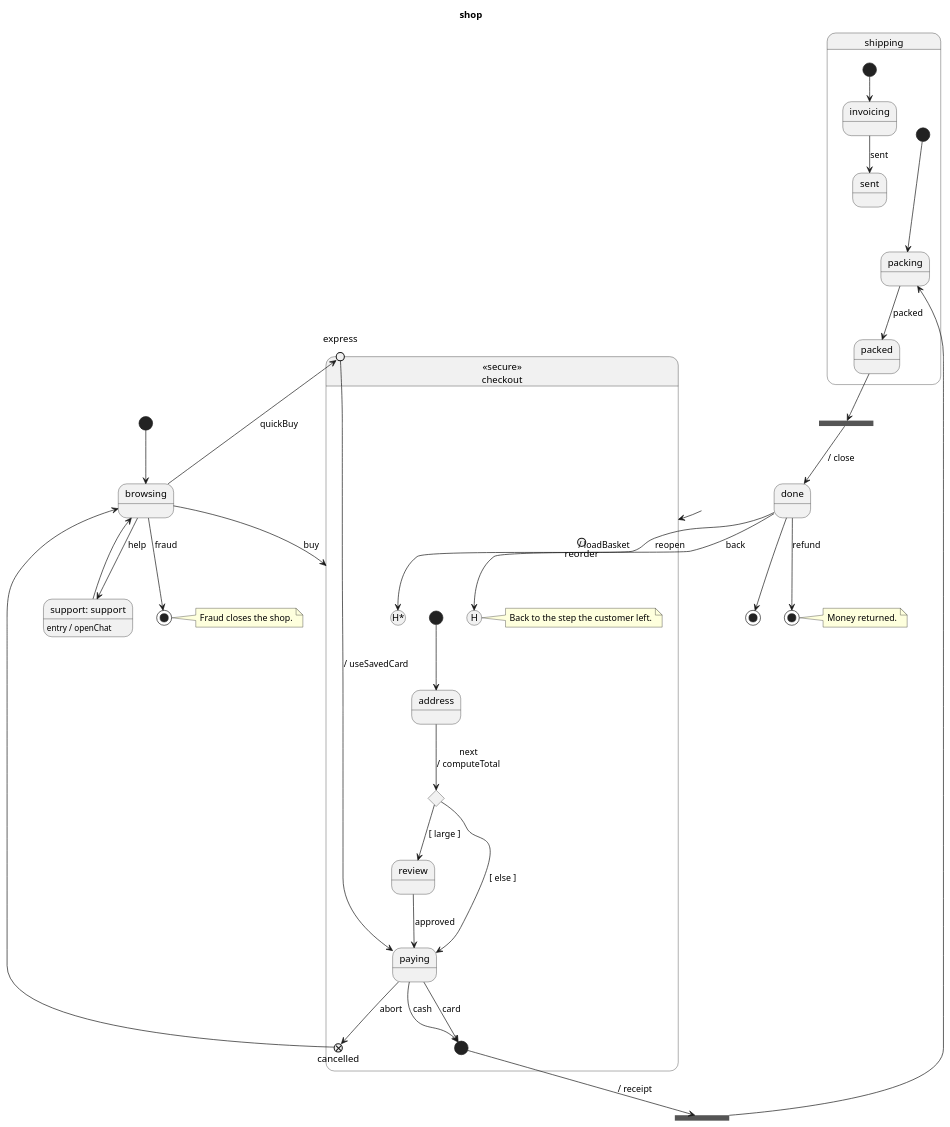
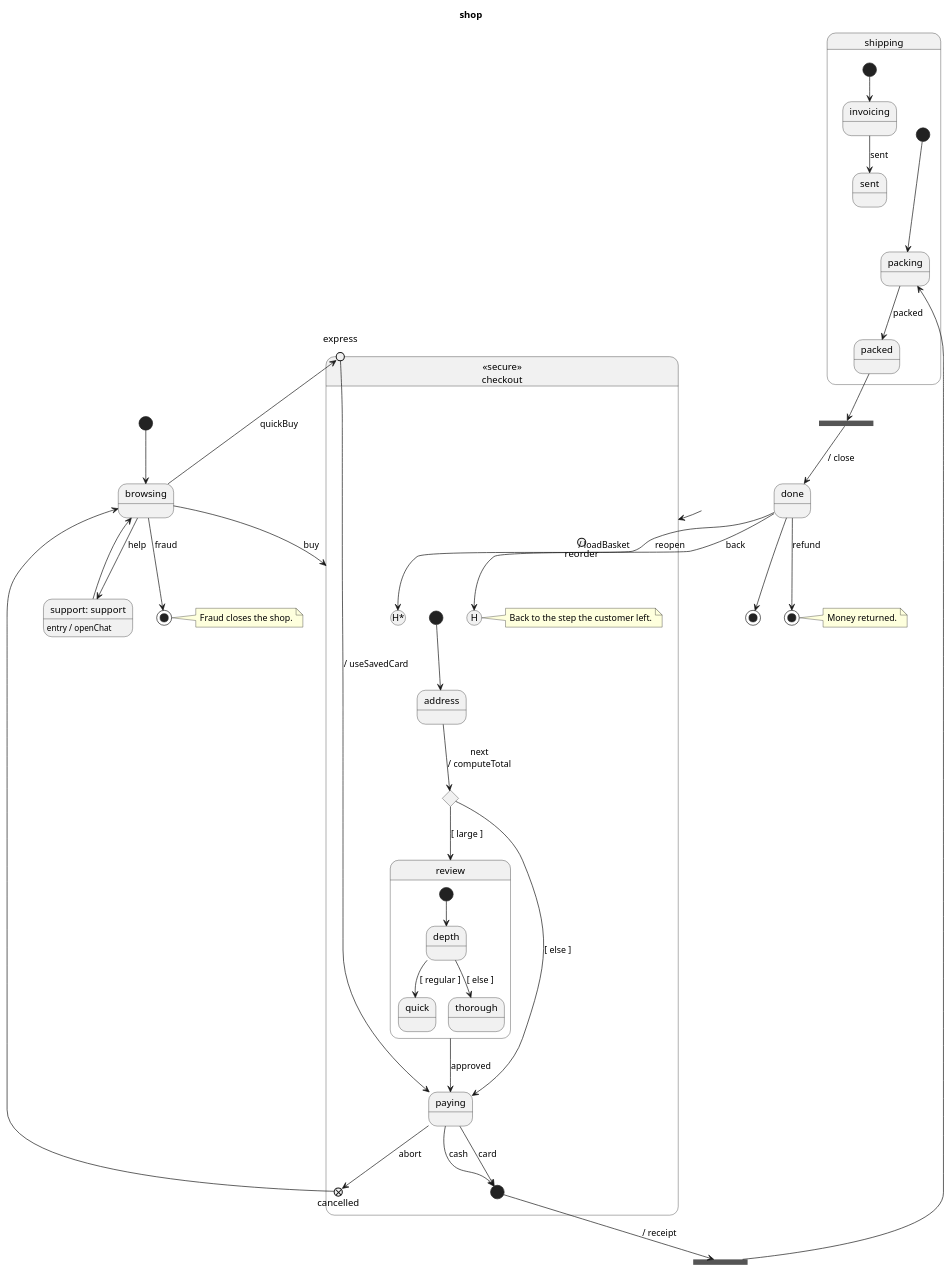
Before and after one commit to vincedupuis/transplantUML: the diagram in example/shop.puml, drawn with PlantUML. The commit also changed 8 other files, not shown here.

```diff
--- a/example/shop.puml
+++ b/example/shop.puml
@@ -1,63 +1,70 @@
 @startuml
 title shop
 [*] --> browsing
 state reorder <<entryPoint>>
 state browsing
 state "support: support" as support
 support : entry / openChat
 state "«secure»\ncheckout" as checkout <<secure>> {
     [*] --> address
     state express <<entryPoint>>
     state cancelled <<exitPoint>>
     state "checkout.H" as checkout_H <<history>>
     note right of checkout_H : Back to the step the customer left.
     state address
     state route <<choice>>
-    state review
+    state review {
+        [*] --> depth
+        state depth <<choice>>
+        state quick
+        state thorough
+        depth --> quick: [ regular ]
+        depth --> thorough: [ else ]
+    }
     state paying
     state paid <<start>>
     state "checkout.H-deep" as checkout_H_deep <<history*>>
     express --> paying: / useSavedCard
     address --> route: next\n/ computeTotal
     route --> review: [ large ]
     route --> paying: [ else ]
     review --> paying: approved
     paying --> paid: cash
     paying --> paid: card
     paying --> cancelled: abort
 }
 state split <<fork>>
 state shipping {
     [*] --> packing
     state packing
     state packed
     packing --> packed: packed
     --
     [*] --> invoicing
     state invoicing
     state sent
     invoicing --> sent: sent
 }
 state merge <<join>>
 state done
 state refunded <<end>>
 note right of refunded : Money returned.
 state terminate <<end>>
 note right of terminate : Fraud closes the shop.
 state final <<end>>
 reorder --> checkout: / loadBasket
 browsing --> checkout: buy
 browsing --> express: quickBuy
 browsing --> terminate: fraud
 browsing --> support: help
 support --> browsing
 cancelled --> browsing
 paid --> split: / receipt
 split --> packing
 packed --> merge
 merge --> done: / close
 done --> checkout_H_deep: reopen
 done --> checkout_H: back
 done --> refunded: refund
 done --> final
 @enduml
```
